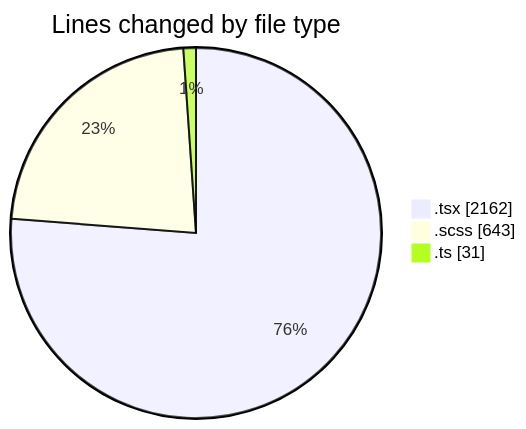
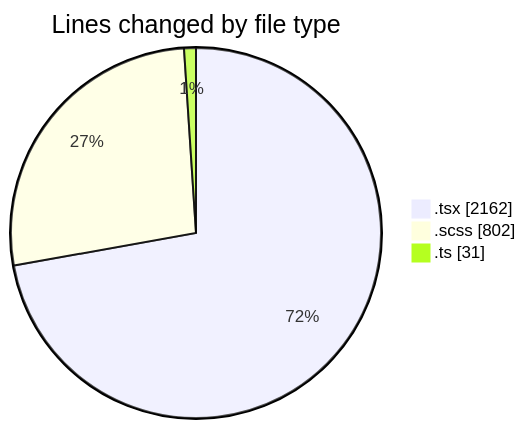
The first of 2 diagrams in 2025-04-07/cda/README.md (momahboobian/code-tracking), drawn with Mermaid before and after one commit. The commit also changed other lines of this file and 1 other file, not shown here.

````diff
--- a/2025-04-07/cda/README.md
+++ b/2025-04-07/cda/README.md
@@ -31,7 +32,7 @@
 ```mermaid
 pie showData
 title Lines changed by file type
 ".tsx" : 2162
-".scss" : 643
+".scss" : 802
 ".ts" : 31
 ```
````
